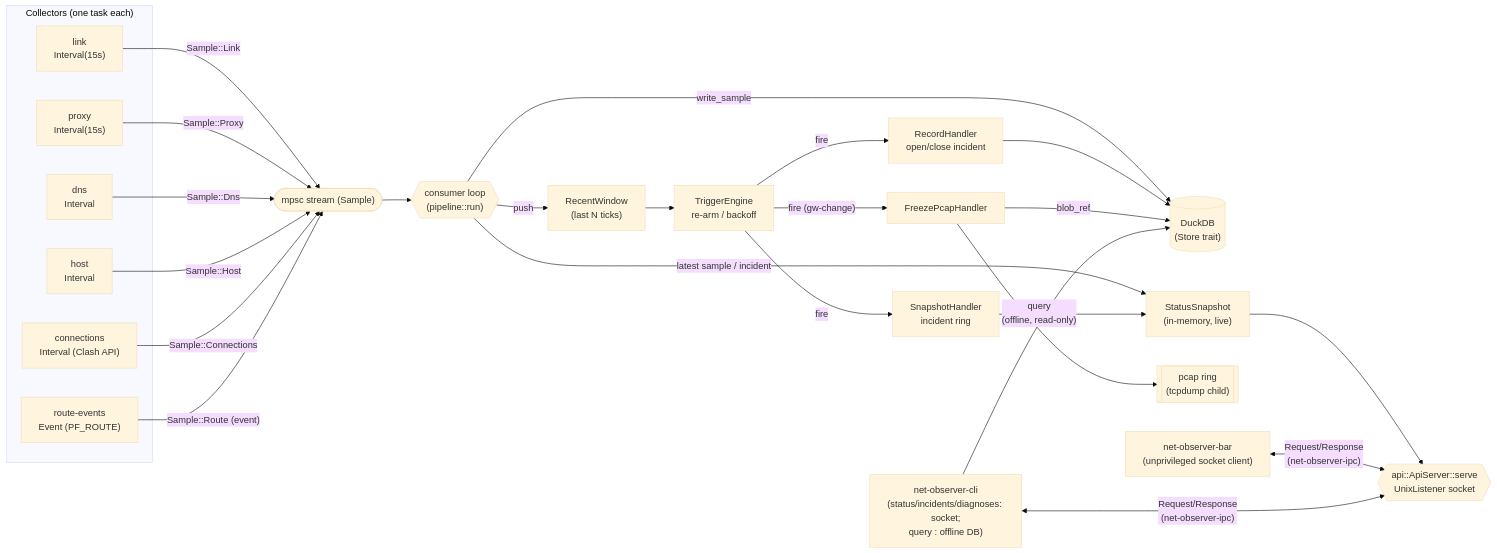
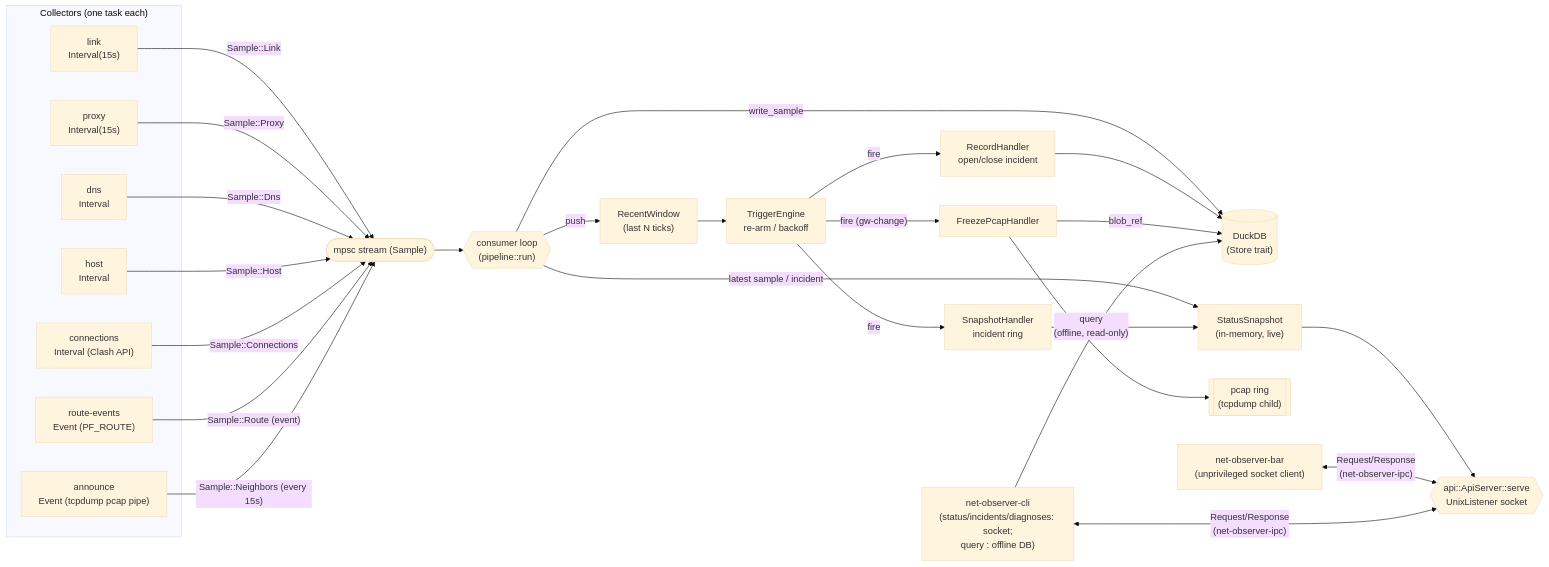
Before and after one commit to gurinderu/net-observer: the first of 4 diagrams in ARCHITECTURE.md, drawn with Mermaid (base theme). The commit also changed other lines of this file and 3 other files, not shown here.

````diff
--- a/ARCHITECTURE.md
+++ b/ARCHITECTURE.md
@@ -37,38 +37,40 @@
 ```mermaid
 flowchart LR
     subgraph collectors["Collectors (one task each)"]
         link["link\nInterval(15s)"]
         proxy["proxy\nInterval(15s)"]
         dns["dns\nInterval"]
         host["host\nInterval"]
         conns["connections\nInterval (Clash API)"]
         evt["route-events\nEvent (PF_ROUTE)"]
+        announce["announce\nEvent (tcpdump pcap pipe)"]
     end
 
     link -- "Sample::Link" --> stream
     proxy -- "Sample::Proxy" --> stream
     dns -- "Sample::Dns" --> stream
     host -- "Sample::Host" --> stream
     conns -- "Sample::Connections" --> stream
     evt -- "Sample::Route (event)" --> stream
+    announce -- "Sample::Neighbors (every 15s)" --> stream
 
     stream(["mpsc stream (Sample)"]) --> consumer{{"consumer loop\n(pipeline::run)"}}
 
     consumer -->|write_sample| store[("DuckDB\n(Store trait)")]
     consumer -->|"latest sample / incident"| snap["StatusSnapshot\n(in-memory, live)"]
     consumer -->|push| window["RecentWindow\n(last N ticks)"]
     window --> engine["TriggerEngine\nre-arm / backoff"]
 
     engine -->|fire| record["RecordHandler\nopen/close incident"]
     engine -->|fire| snaph["SnapshotHandler\nincident ring"]
     engine -->|"fire (gw-change)"| freeze["FreezePcapHandler"]
     record --> store
     snaph --> snap
     freeze --> ring[["pcap ring\n(tcpdump child)"]]
     freeze -->|blob_ref| store
 
     snap --> apisrv{{"api::ApiServer::serve\nUnixListener socket"}}
     bar["net-observer-bar\n(unprivileged socket client)"] <-->|"Request/Response\n(net-observer-ipc)"| apisrv
     cli["net-observer-cli\n(status/incidents/diagnoses: socket;\nquery <SQL>: offline DB)"] <-->|"Request/Response\n(net-observer-ipc)"| apisrv
     cli -->|"query <SQL>\n(offline, read-only)"| store
 ```
````
